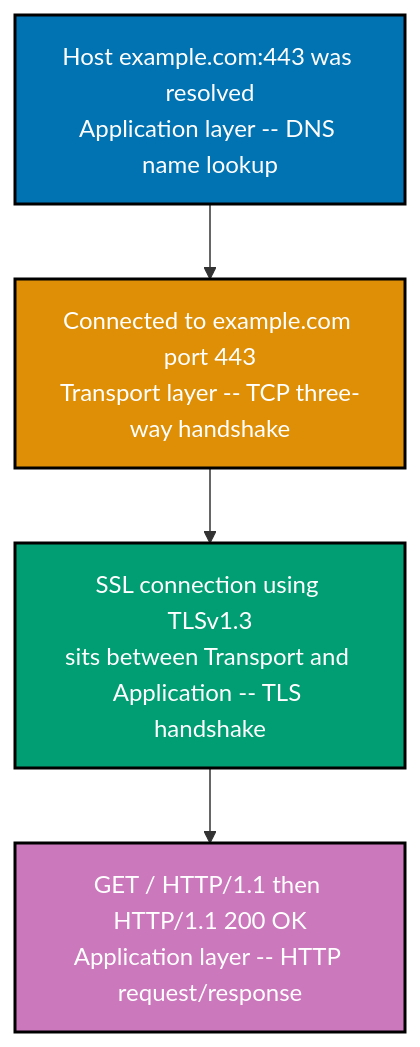
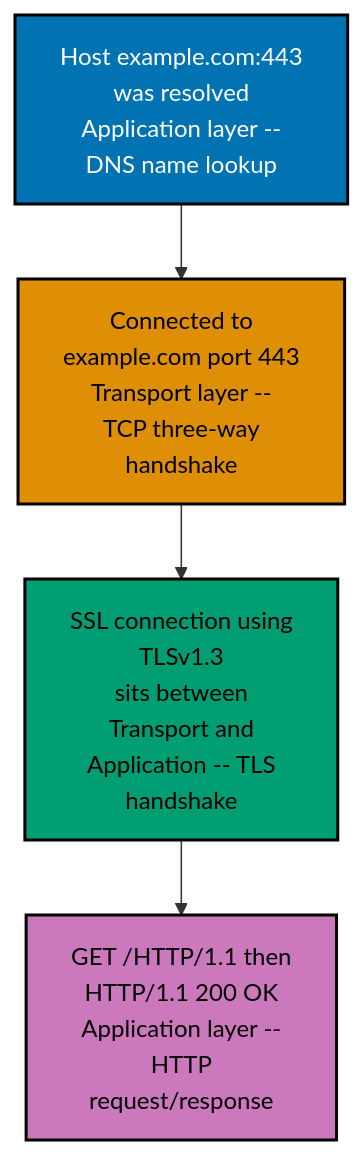
One commit to wahidyankf/ose-public changed the first of 3 diagrams in apps/ayokoding-www/content/en/learn/courses/advanced-networking/learning/beginner.md. Above: the diagram before and after it, drawn with Mermaid. The commit also changed other lines of this file and 144 other files, not shown here.

First line of the commit message:
fix(mermaid): bring the first half of the courses diagrams onto the accessible palette

````diff
--- a/apps/ayokoding-www/content/en/learn/courses/advanced-networking/learning/beginner.md
+++ b/apps/ayokoding-www/content/en/learn/courses/advanced-networking/learning/beginner.md
@@ -102,14 +102,17 @@
 ```mermaid
 %% Color Palette: Blue #0173B2, Orange #DE8F05, Teal #029E73, Purple #CC78BC
 graph TD
-    A["Host example.com:443 was resolved<br/>Application layer -- DNS name lookup"]:::blue
-    B["Connected to example.com port 443<br/>Transport layer -- TCP three-way handshake"]:::orange
-    C["SSL connection using TLSv1.3<br/>sits between Transport and Application -- TLS handshake"]:::teal
-    D["GET / HTTP/1.1 then HTTP/1.1 200 OK<br/>Application layer -- HTTP request/response"]:::purple
+    accTitle: are easy to point at one by one when mapping them to OSI/TCP-IP layers
+    accDescr: Graph with 5 nodes and 4 connections. Nodes: A, B, C, TLS, D. Connections: C to TLS, A to B, B to C, C to D.
+    A["Host example.com:443<br/>was resolved<br/>Application layer --<br/>DNS name lookup"]:::blue
+    B["Connected to<br/>example.com port 443<br/>Transport layer --<br/>TCP three-way<br/>handshake"]:::orange
+    C["SSL connection using<br/>TLSv1.3<br/>sits between<br/>Transport and<br/>Application -- TLS<br/>handshake"]:::teal
+    D["GET /HTTP/1.1 then<br/>HTTP/1.1 200 OK<br/>Application layer --<br/>HTTP<br/>request/response"]:::purple
     A --> B --> C --> D
 
     classDef blue fill:#0173B2,stroke:#000000,color:#FFFFFF,stroke-width:2px
-    classDef orange fill:#DE8F05,stroke:#000000,color:#FFFFFF,stroke-width:2px
-    classDef teal fill:#029E73,stroke:#000000,color:#FFFFFF,stroke-width:2px
-    classDef purple fill:#CC78BC,stroke:#000000,color:#FFFFFF,stroke-width:2px
+    classDef orange fill:#DE8F05,stroke:#000000,color:#000000,stroke-width:2px
+    classDef teal fill:#029E73,stroke:#000000,color:#000000,stroke-width:2px
+    classDef purple fill:#CC78BC,stroke:#000000,color:#000000,stroke-width:2px
+    classDef default fill:#FFFFFF,stroke:#000000,color:#000000
 ```
````
